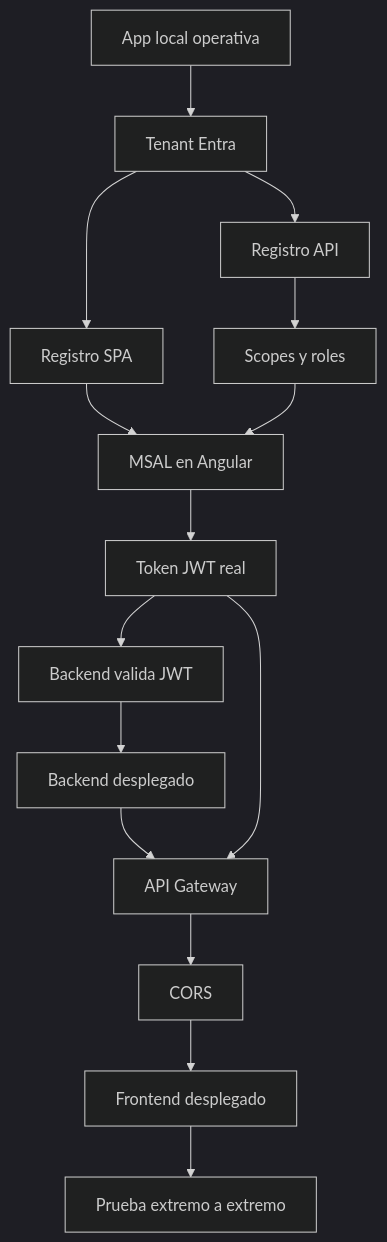
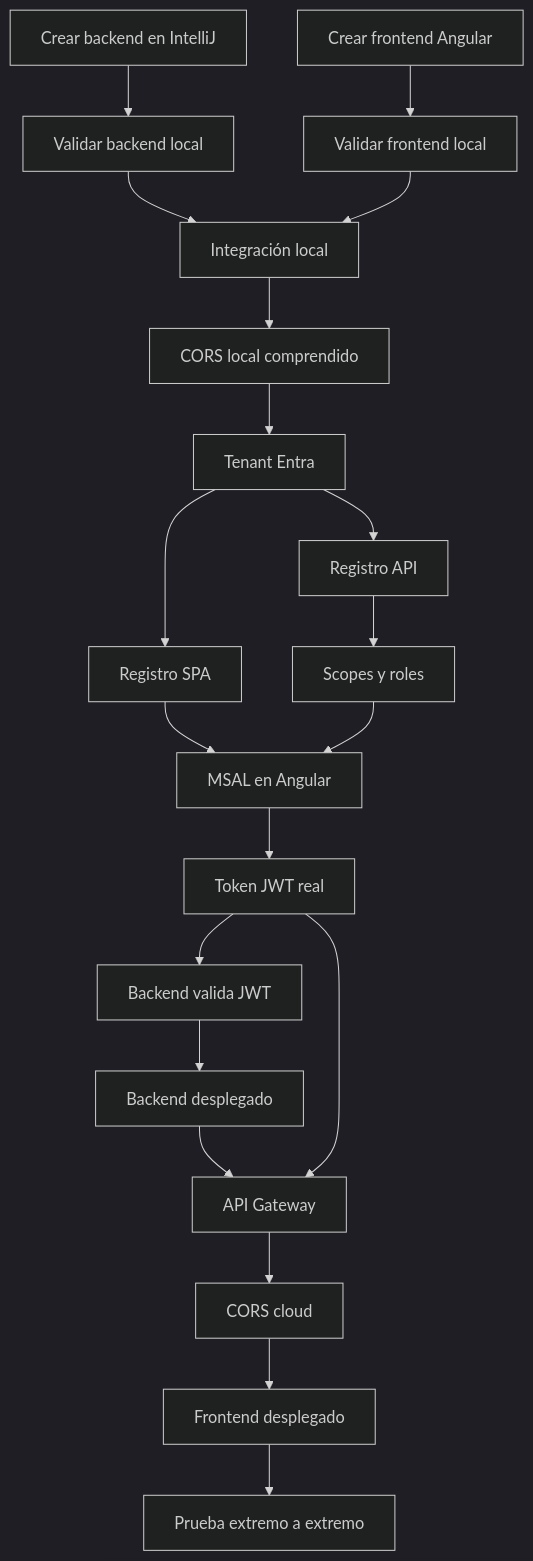
One commit to cmartinezs/DSY1107-DESARROLLO-CLOUD-NATIVE-I-2026-2 changed the diagram in guias-integradas/ev1/00-mapa-y-prerequisitos.md. Above: the diagram before and after it, drawn with Mermaid (dark theme). The commit also changed other lines of this file, not shown here.

Commit message:
docs(ev1): alinear prerequisitos con IntelliJ y Maven Wrapper

````diff
--- a/guias-integradas/ev1/00-mapa-y-prerequisitos.md
+++ b/guias-integradas/ev1/00-mapa-y-prerequisitos.md
@@ -70,17 +136,22 @@
 ```mermaid
 flowchart TD
-    L[App local operativa] --> T[Tenant Entra]
+    BI[Crear backend en IntelliJ] --> BV[Validar backend local]
+    FA[Crear frontend Angular] --> FV[Validar frontend local]
+    BV --> L[Integración local]
+    FV --> L
+    L --> C0[CORS local comprendido]
+    C0 --> T[Tenant Entra]
     T --> SPA[Registro SPA]
     T --> API[Registro API]
     API --> S[Scopes y roles]
     SPA --> M[MSAL en Angular]
     S --> M
     M --> J[Token JWT real]
     J --> B[Backend valida JWT]
     B --> EC2[Backend desplegado]
     EC2 --> GW[API Gateway]
     J --> GW
-    GW --> C[CORS]
+    GW --> C[CORS cloud]
     C --> FD[Frontend desplegado]
     FD --> E2E[Prueba extremo a extremo]
 ```
````
